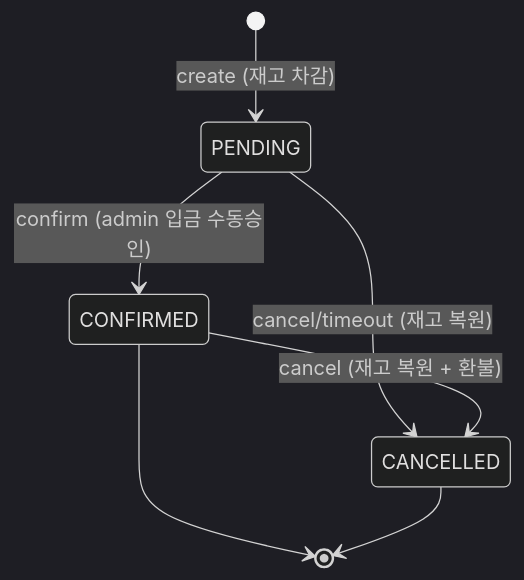
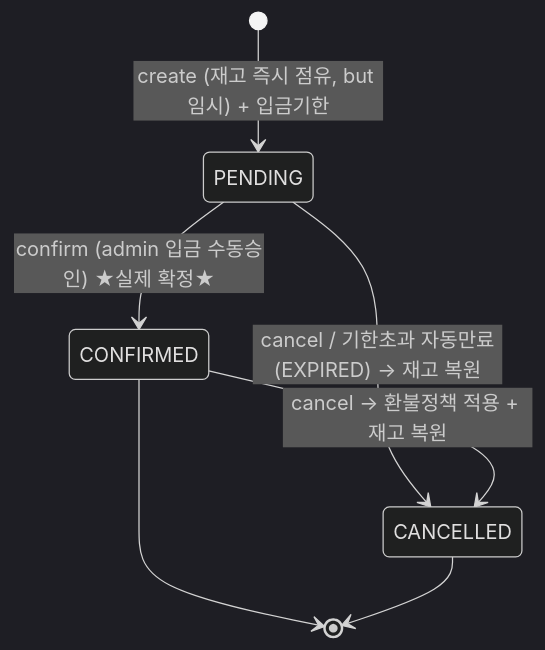
One commit to yunhy96-web/D-Day changed the second of 2 diagrams in thaiuniontour/docs/design/02-domain.md. Above: the diagram before and after it, drawn with Mermaid (dark theme). The commit also changed other lines of this file and 5 other files, not shown here.

````diff
--- a/thaiuniontour/docs/design/02-domain.md
+++ b/thaiuniontour/docs/design/02-domain.md
@@ -43,9 +43,9 @@
 ```mermaid
 stateDiagram-v2
-  [*] --> PENDING: create (재고 차감)
-  PENDING --> CONFIRMED: confirm (admin 입금 수동승인)
-  PENDING --> CANCELLED: cancel/timeout (재고 복원)
-  CONFIRMED --> CANCELLED: cancel (재고 복원 + 환불)
+  [*] --> PENDING: create (재고 즉시 점유, but 임시) + 입금기한
+  PENDING --> CONFIRMED: confirm (admin 입금 수동승인) ★실제 확정★
+  PENDING --> CANCELLED: cancel / 기한초과 자동만료(EXPIRED) → 재고 복원
+  CONFIRMED --> CANCELLED: cancel → 환불정책 적용 + 재고 복원
   CONFIRMED --> [*]
   CANCELLED --> [*]
 ```
````
